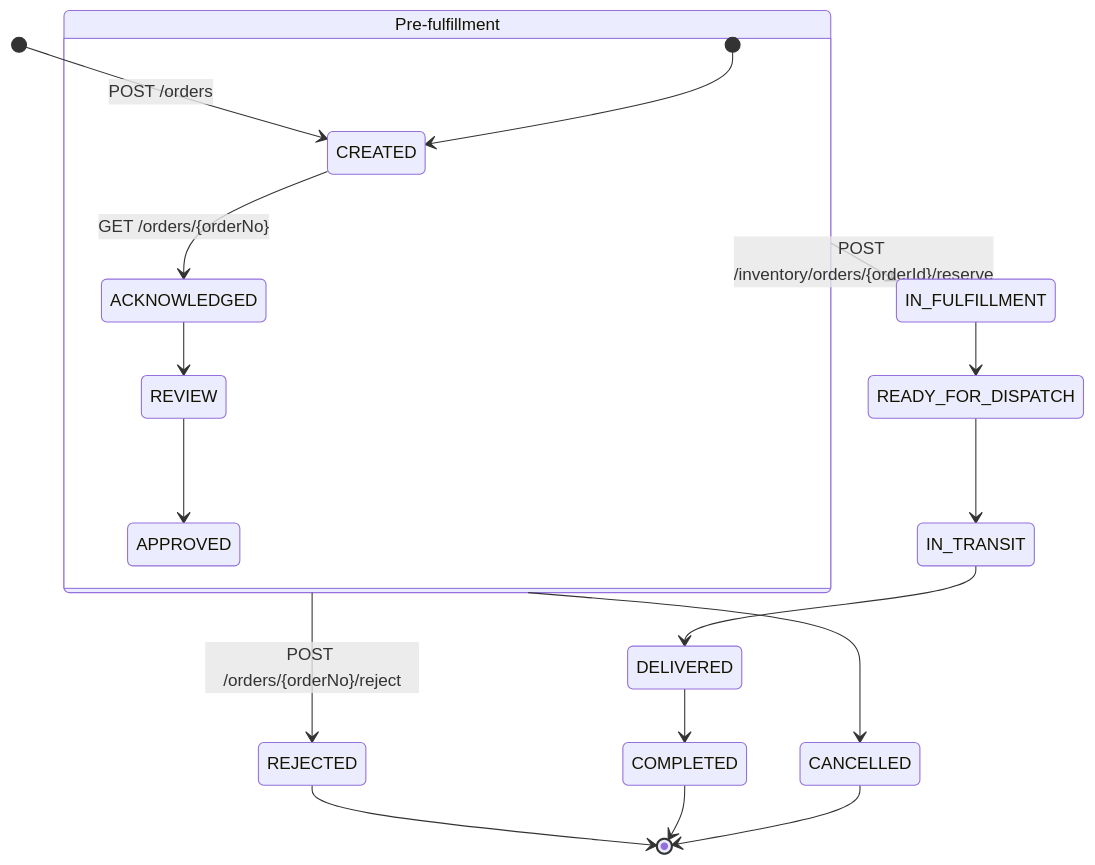
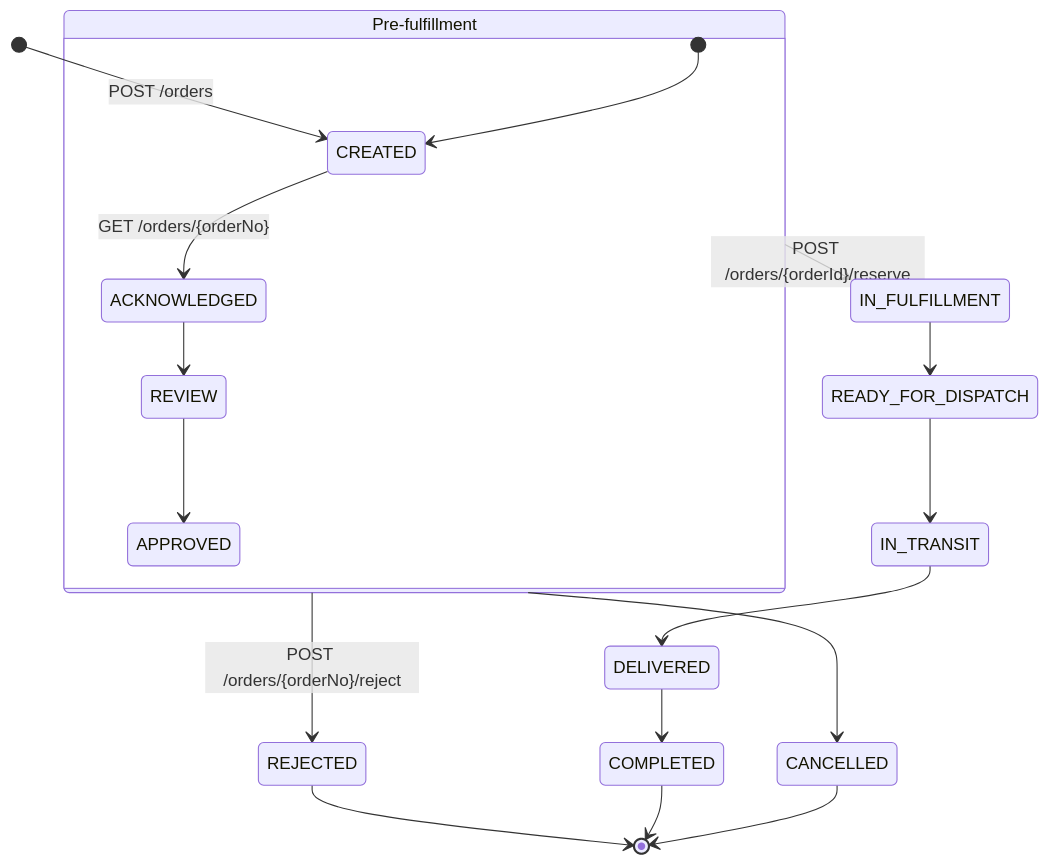
One commit to waldifubu/scm-temporal changed the first of 4 diagrams in README.md. Above: the diagram before and after it, drawn with Mermaid. The commit also changed other lines of this file and 46 other files, not shown here.

````diff
--- a/README.md
+++ b/README.md
@@ -33,25 +32,25 @@
 ```mermaid
 stateDiagram-v2
     [*] --> CREATED : POST /orders
 
     state "Pre-fulfillment" as pre {
         [*] --> CREATED
         CREATED --> ACKNOWLEDGED : GET /orders/{orderNo}
         ACKNOWLEDGED --> REVIEW
         REVIEW --> APPROVED
     }
 
     pre --> REJECTED : POST /orders/{orderNo}/reject
-    pre --> IN_FULFILLMENT : POST /inventory/orders/{orderId}/reserve
+    pre --> IN_FULFILLMENT : POST /orders/{orderId}/reserve
 
     IN_FULFILLMENT --> READY_FOR_DISPATCH
     READY_FOR_DISPATCH --> IN_TRANSIT
     IN_TRANSIT --> DELIVERED
     DELIVERED --> COMPLETED
 
     pre --> CANCELLED
 
     REJECTED --> [*]
     COMPLETED --> [*]
     CANCELLED --> [*]
 ```
````
